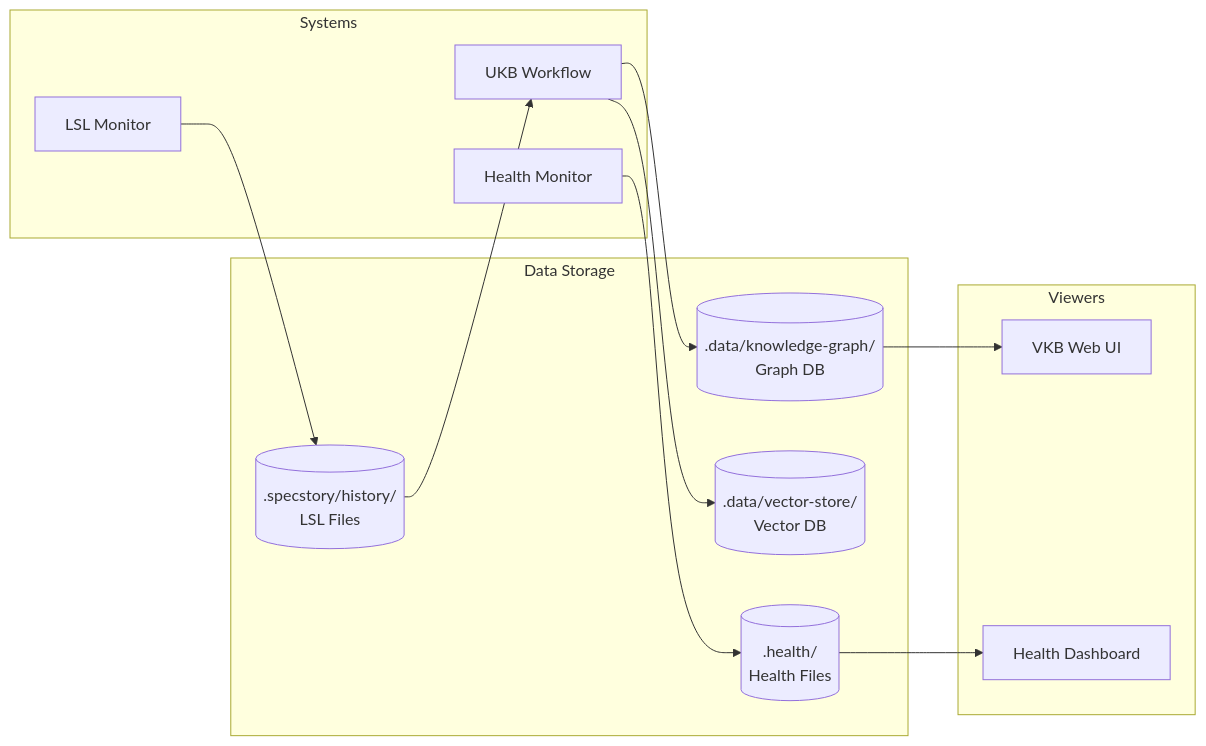
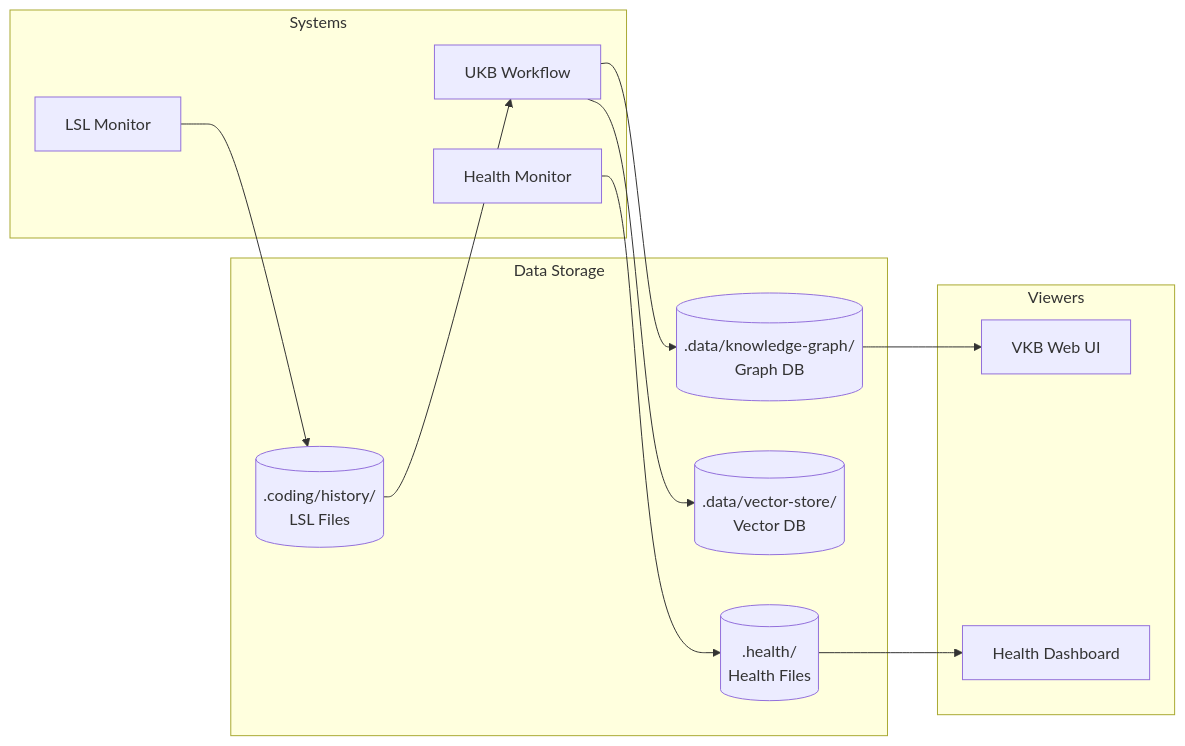
One commit to fwornle/coding changed the second of 2 diagrams in docs-content/_tiers/core-systems/index.deep.md. Above: the diagram before and after it, drawn with Mermaid. The commit also changed 71 other files, not shown here.

First line of the commit message:
docs(t10): session logs live in .coding/history; .specstory/ is gone

````diff
--- a/docs-content/_tiers/core-systems/index.deep.md
+++ b/docs-content/_tiers/core-systems/index.deep.md
@@ -178,22 +178,22 @@
 ```mermaid
 flowchart LR
     subgraph Storage["Data Storage"]
-        A[(".specstory/history/\nLSL Files")]
+        A[(".coding/history/\nLSL Files")]
         B[(".data/knowledge-graph/\nGraph DB")]
         C[(".data/vector-store/\nVector DB")]
         D[(".health/\nHealth Files")]
     end
 
     subgraph Systems
         E[LSL Monitor] --> A
         A --> F[UKB Workflow]
         F --> B
         F --> C
         G[Health Monitor] --> D
     end
 
     subgraph Viewers
         B --> H[VKB Web UI]
         D --> I[Health Dashboard]
     end
 ```
````
